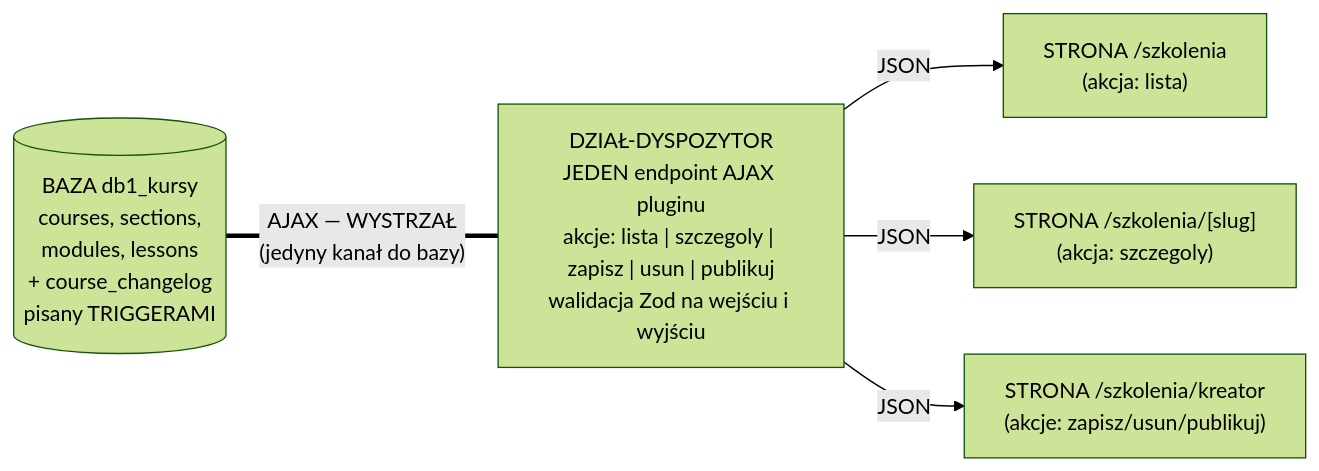
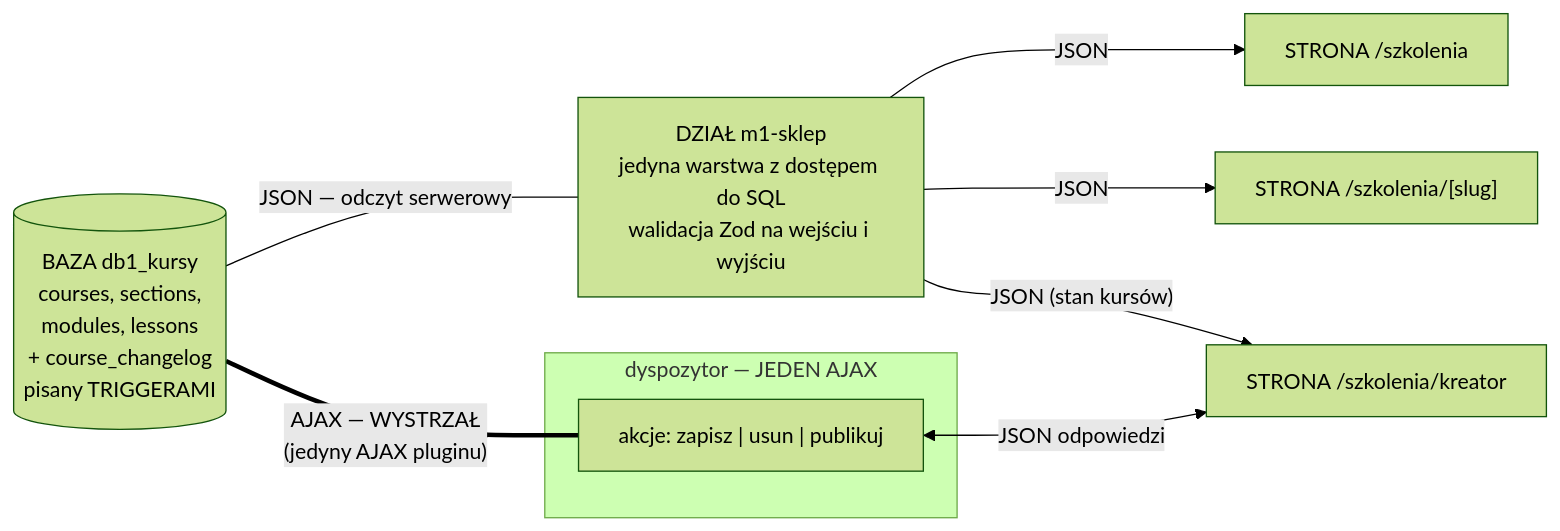
One commit to krzysiek2115op/aai-platforma-szkolen changed the second of 3 diagrams in docs/plugin-1/DIAGRAM.md. Above: the diagram before and after it, drawn with Mermaid (forest theme). The commit also changed other lines of this file and 3 other files, not shown here.

Commit message:
fix: kanal JSON obok jednego AJAX-a — doprecyzowanie wlasciciela (#6)

````diff
--- a/docs/plugin-1/DIAGRAM.md
+++ b/docs/plugin-1/DIAGRAM.md
@@ -67,15 +71,21 @@
 ```mermaid
 flowchart LR
     BAZA[("BAZA db1_kursy<br/>courses, sections,<br/>modules, lessons<br/>+ course_changelog<br/>pisany TRIGGERAMI")]
 
-    DZIAL["DZIAŁ-DYSPOZYTOR<br/>JEDEN endpoint AJAX pluginu<br/>akcje: lista | szczegoly | zapisz | usun | publikuj<br/>walidacja Zod na wejściu i wyjściu"]
+    DZIAL["DZIAŁ m1-sklep<br/>jedyna warstwa z dostępem do SQL<br/>walidacja Zod na wejściu i wyjściu"]
 
-    S1["STRONA /szkolenia<br/>(akcja: lista)"]
-    S2["STRONA /szkolenia/[slug]<br/>(akcja: szczegoly)"]
-    S3["STRONA /szkolenia/kreator<br/>(akcje: zapisz/usun/publikuj)"]
+    subgraph AKCJE["dyspozytor — JEDEN AJAX"]
+        DY["akcje: zapisz | usun | publikuj"]
+    end
 
-    BAZA ===|"AJAX — WYSTRZAŁ<br/>(jedyny kanał do bazy)"| DZIAL
+    S1["STRONA /szkolenia"]
+    S2["STRONA /szkolenia/[slug]"]
+    S3["STRONA /szkolenia/kreator"]
+
+    BAZA ---|"JSON — odczyt serwerowy"| DZIAL
     DZIAL -->|"JSON"| S1
     DZIAL -->|"JSON"| S2
-    DZIAL -->|"JSON"| S3
+    DZIAL -->|"JSON (stan kursów)"| S3
+    BAZA ===|"AJAX — WYSTRZAŁ<br/>(jedyny AJAX pluginu)"| DY
+    DY <-->|"JSON odpowiedzi"| S3
 ```
````
